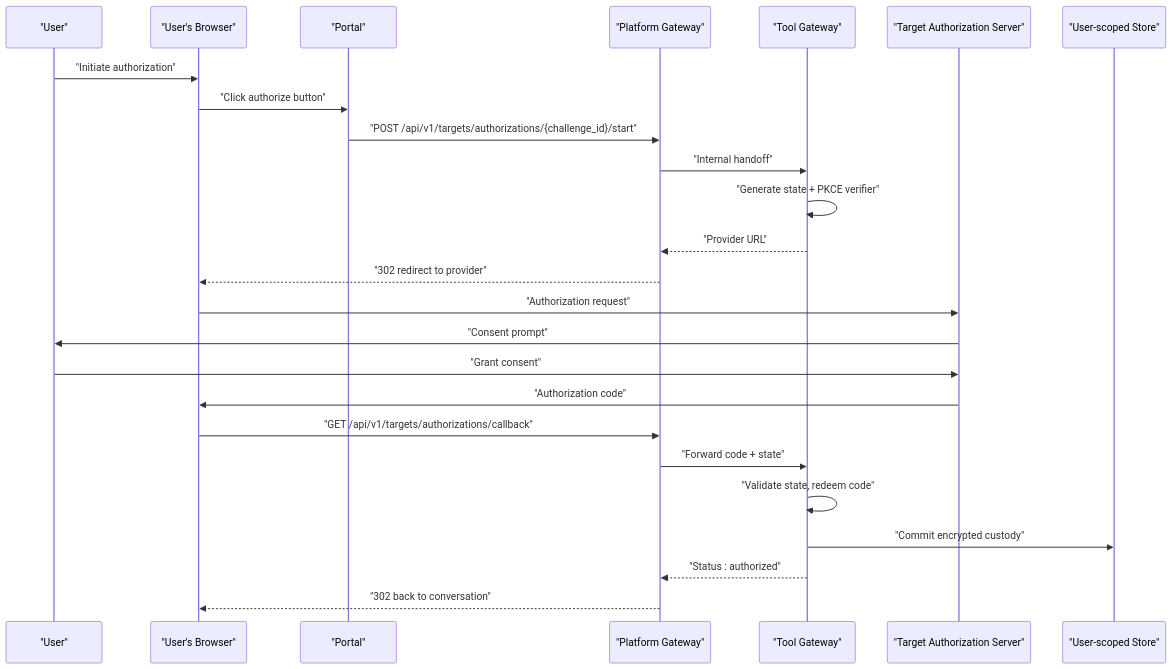
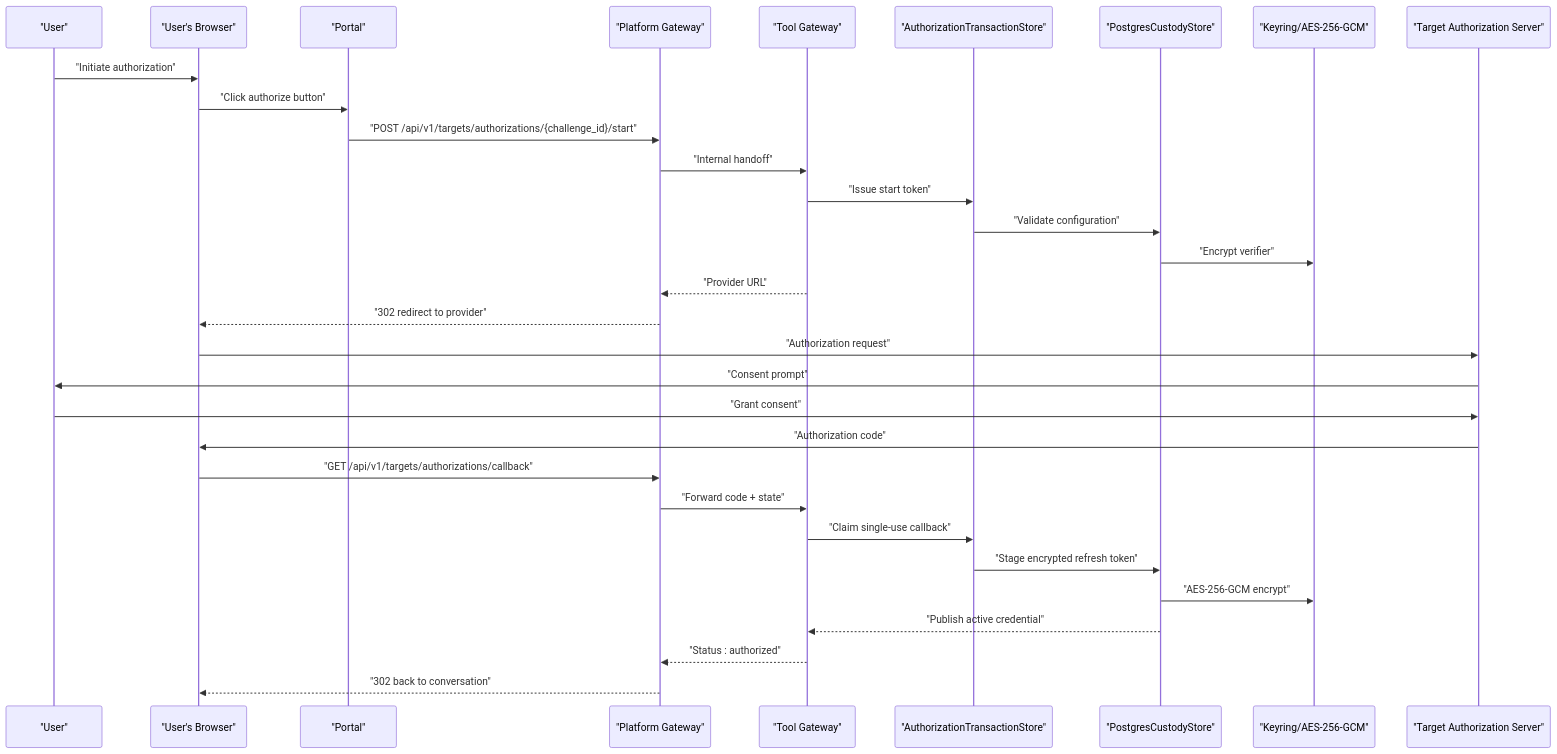
Before and after one commit to metasync/luban-aiops: the sixth of 9 diagrams in .qoder/repowiki/en/content/Shared Contracts/SPEC-070_ Outbound User-Delegated Identity.md, drawn with Mermaid. The commit also changed other lines of this file and 215 other files, not shown here.

````diff
--- a/.qoder/repowiki/en/content/Shared Contracts/SPEC-070_ Outbound User-Delegated Identity.md
+++ b/.qoder/repowiki/en/content/Shared Contracts/SPEC-070_ Outbound User-Delegated Identity.md
@@ -324,27 +404,33 @@
 ```mermaid
 sequenceDiagram
 participant User as "User"
 participant Browser as "User's Browser"
 participant Portal as "Portal"
 participant Platform as "Platform Gateway"
 participant ToolGW as "Tool Gateway"
+participant TxStore as "AuthorizationTransactionStore"
+participant Custody as "PostgresCustodyStore"
+participant Crypto as "Keyring/AES-256-GCM"
 participant Target as "Target Authorization Server"
-participant Store as "User-scoped Store"
 User->>Browser : "Initiate authorization"
 Browser->>Portal : "Click authorize button"
 Portal->>Platform : "POST /api/v1/targets/authorizations/{challenge_id}/start"
 Platform->>ToolGW : "Internal handoff"
-ToolGW->>ToolGW : "Generate state + PKCE verifier"
+ToolGW->>TxStore : "Issue start token"
+TxStore->>Custody : "Validate configuration"
+Custody->>Crypto : "Encrypt verifier"
 ToolGW-->>Platform : "Provider URL"
 Platform-->>Browser : "302 redirect to provider"
 Browser->>Target : "Authorization request"
 Target->>User : "Consent prompt"
 User->>Target : "Grant consent"
 Target->>Browser : "Authorization code"
 Browser->>Platform : "GET /api/v1/targets/authorizations/callback"
 Platform->>ToolGW : "Forward code + state"
-ToolGW->>ToolGW : "Validate state, redeem code"
-ToolGW->>Store : "Commit encrypted custody"
+ToolGW->>TxStore : "Claim single-use callback"
+TxStore->>Custody : "Stage encrypted refresh token"
+Custody->>Crypto : "AES-256-GCM encrypt"
+Custody-->>ToolGW : "Publish active credential"
 ToolGW-->>Platform : "Status : authorized"
 Platform-->>Browser : "302 back to conversation"
 ```
````
